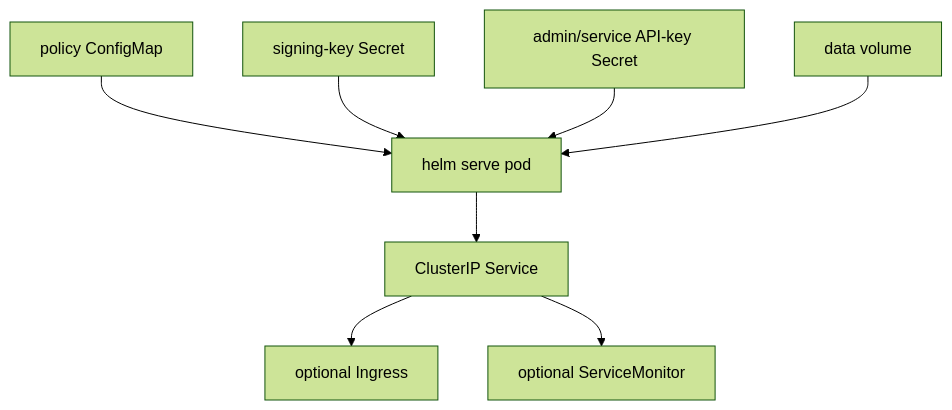
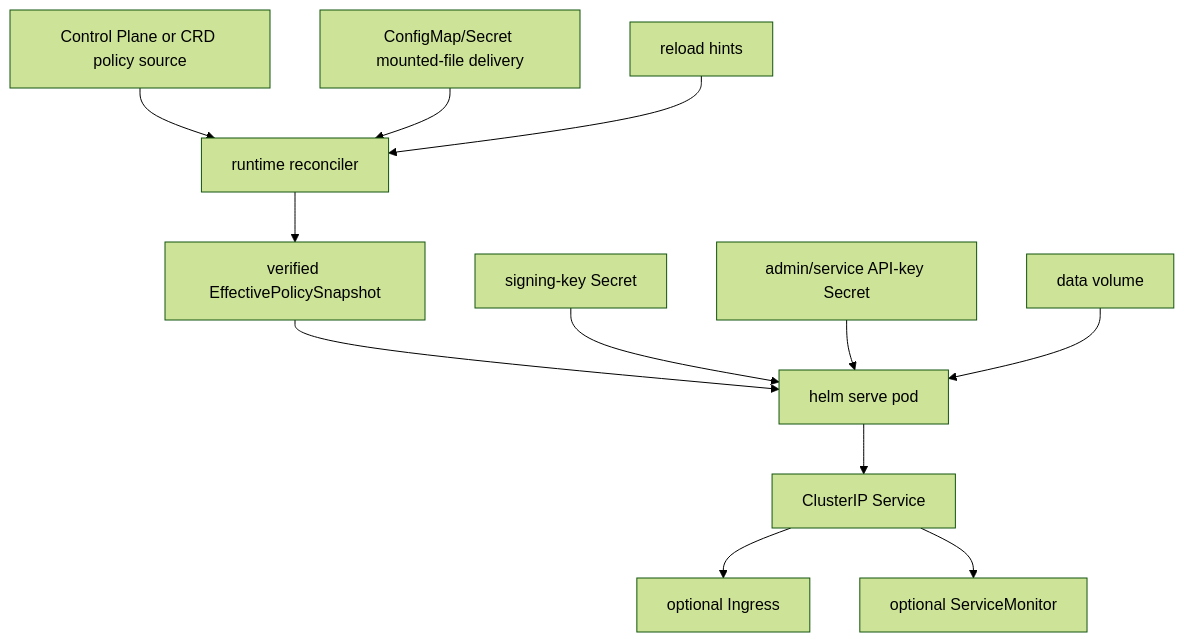
The diagram in deploy/helm-chart/README.md (Mindburn-Labs/helm-ai-kernel), drawn with Mermaid (forest theme) before and after one commit. The commit also changed other lines of this file and 35 other files, not shown here.

First line of the commit message:
feat(policy): add runtime policy reconciliation

````diff
--- a/deploy/helm-chart/README.md
+++ b/deploy/helm-chart/README.md
@@ -33,10 +33,14 @@
 ```mermaid
 flowchart TD
-  cm["policy ConfigMap"] --> pod["helm serve pod"]
+  cp["Control Plane or CRD policy source"] --> runtime["runtime reconciler"]
+  cm["ConfigMap/Secret mounted-file delivery"] --> runtime
+  hint["reload hints"] --> runtime
+  runtime --> snapshot["verified EffectivePolicySnapshot"]
+  snapshot --> pod["helm serve pod"]
   signing["signing-key Secret"] --> pod
   auth["admin/service API-key Secret"] --> pod
   pvc["data volume"] --> pod
   pod --> service["ClusterIP Service"]
   service --> ingress["optional Ingress"]
   service --> metrics["optional ServiceMonitor"]
 ```
````
